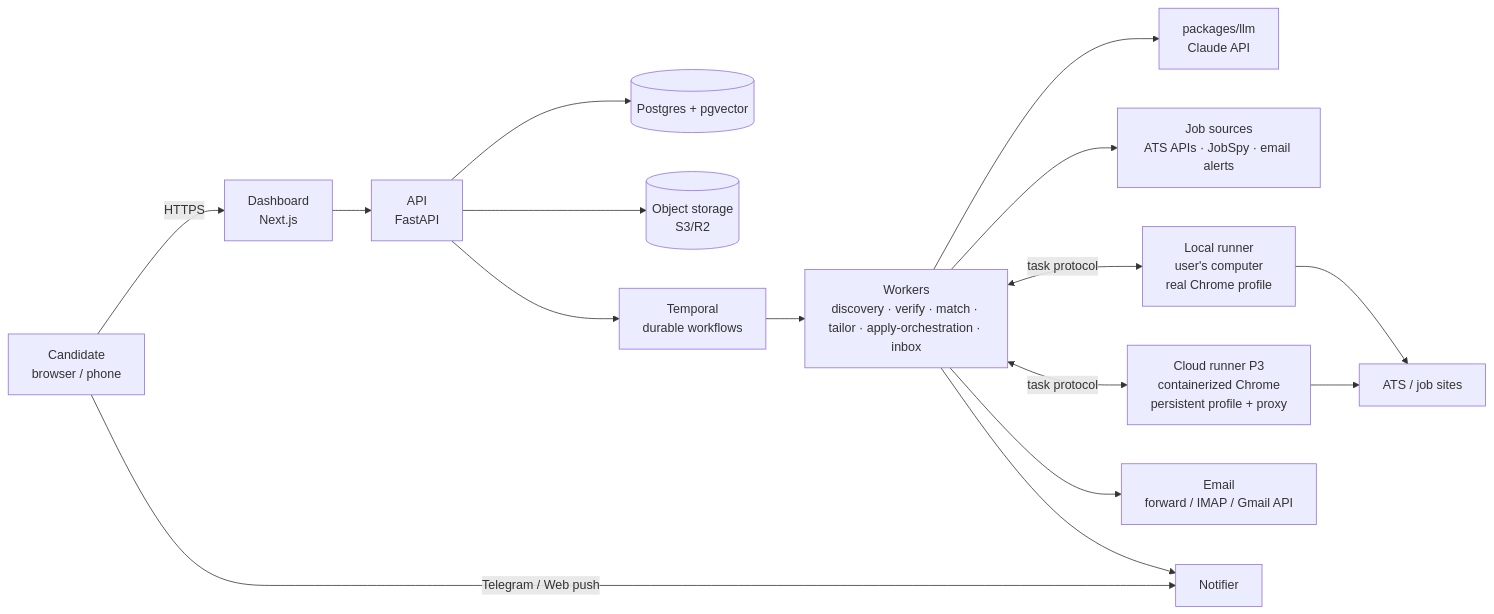
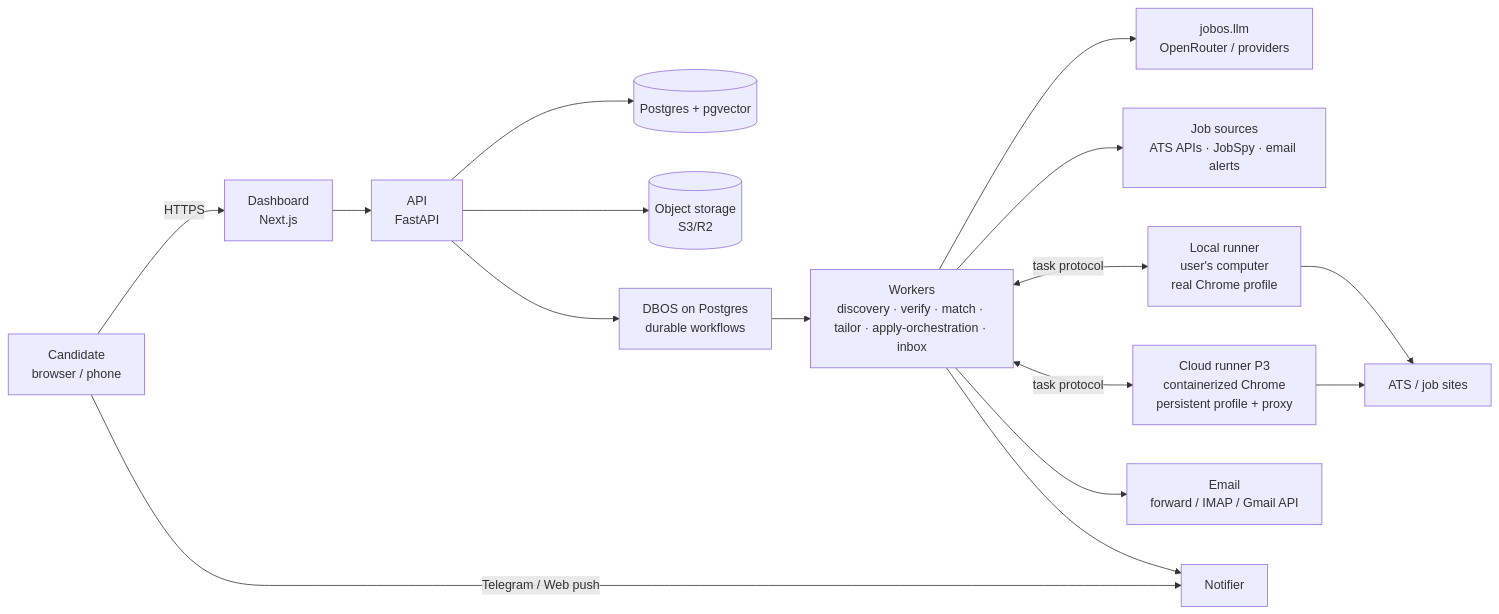
One commit to shubham-dube/jobos changed the first of 2 diagrams in docs/architecture/overview.md. Above: the diagram before and after it, drawn with Mermaid. The commit also changed other lines of this file and 48 other files, not shown here.

````diff
--- a/docs/architecture/overview.md
+++ b/docs/architecture/overview.md
@@ -7,18 +7,18 @@
 ```mermaid
 flowchart LR
   U[Candidate<br/>browser / phone] -->|HTTPS| WEB[Dashboard<br/>Next.js]
   U -->|Telegram / Web push| NOTIF[Notifier]
   WEB --> API[API<br/>FastAPI]
   API --> DB[(Postgres + pgvector)]
   API --> OBJ[(Object storage<br/>S3/R2)]
-  API --> TEMP[Temporal<br/>durable workflows]
+  API --> TEMP[DBOS on Postgres<br/>durable workflows]
   TEMP --> WK[Workers<br/>discovery · verify · match · tailor · apply-orchestration · inbox]
-  WK --> LLM[packages/llm<br/>Claude API]
+  WK --> LLM[jobos.llm<br/>OpenRouter / providers]
   WK --> SRC[Job sources<br/>ATS APIs · JobSpy · email alerts]
   WK <-->|task protocol| RUN_L[Local runner<br/>user's computer<br/>real Chrome profile]
   WK <-->|task protocol| RUN_C[Cloud runner P3<br/>containerized Chrome<br/>persistent profile + proxy]
   RUN_L --> SITES[ATS / job sites]
   RUN_C --> SITES
   WK --> MAIL[Email<br/>forward / IMAP / Gmail API]
   WK --> NOTIF
 ```
````
